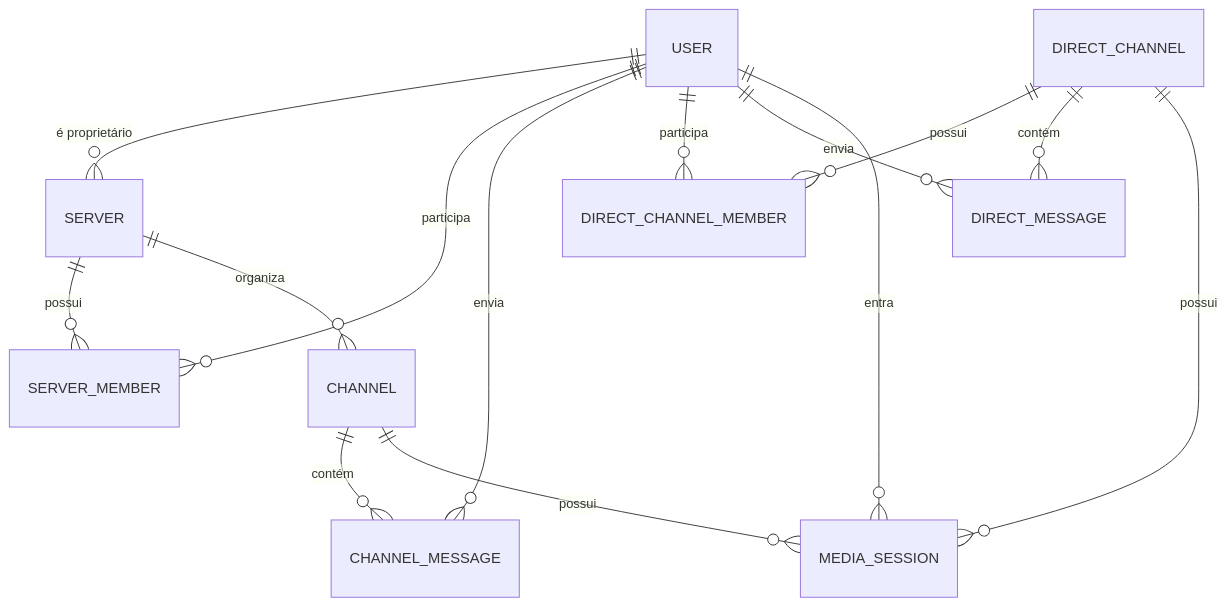
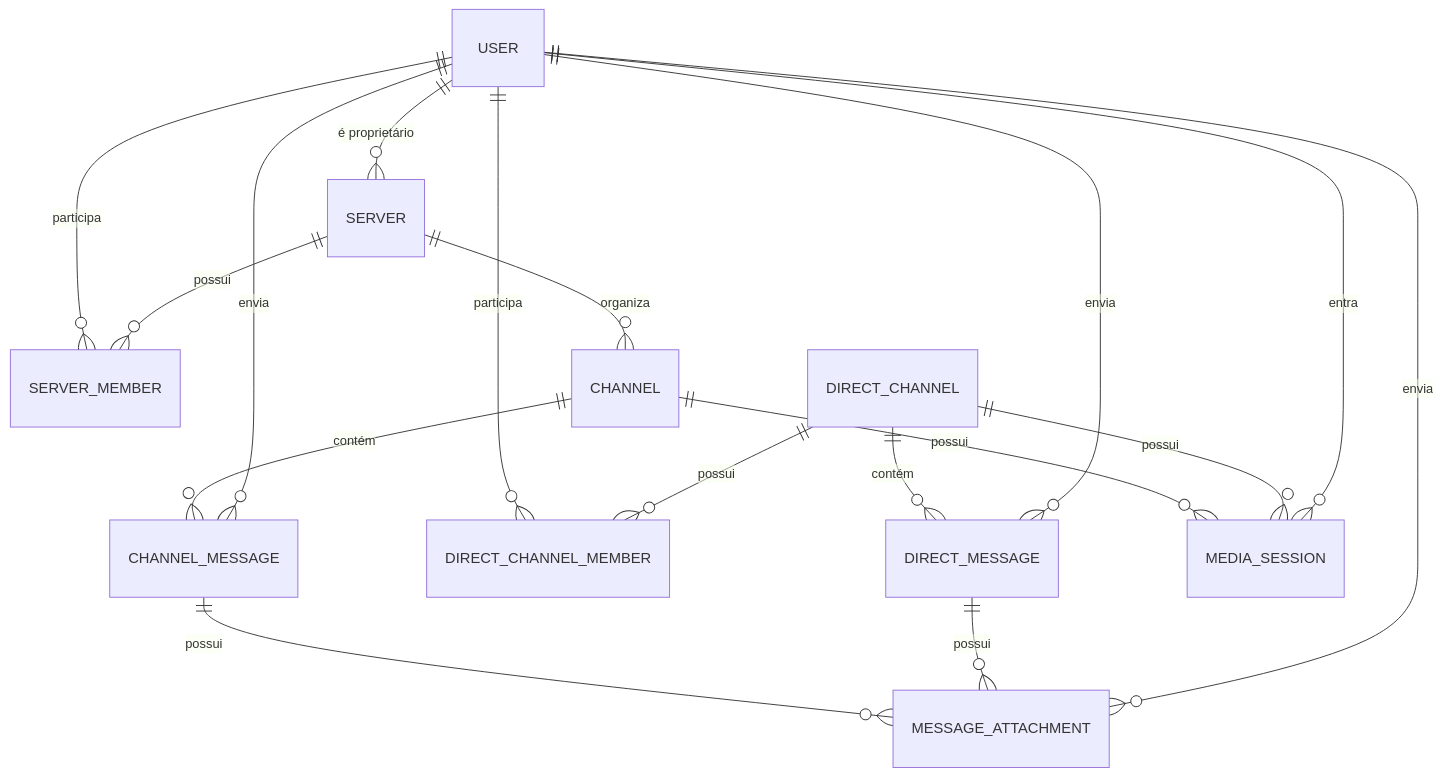
Before and after one commit to kgazineu/liveChat-backend: the second of 2 diagrams in docs/IDEIA_DO_PROJETO.md, drawn with Mermaid. The commit also changed other lines of this file and 32 other files, not shown here.

Commit message:
Add direct S3-backed message attachments

````diff
--- a/docs/IDEIA_DO_PROJETO.md
+++ b/docs/IDEIA_DO_PROJETO.md
@@ -168,16 +213,19 @@
 ```mermaid
 erDiagram
   USER ||--o{ SERVER : "é proprietário"
   USER ||--o{ SERVER_MEMBER : participa
   SERVER ||--o{ SERVER_MEMBER : possui
   SERVER ||--o{ CHANNEL : organiza
   CHANNEL ||--o{ CHANNEL_MESSAGE : contém
   USER ||--o{ CHANNEL_MESSAGE : envia
   USER ||--o{ DIRECT_CHANNEL_MEMBER : participa
   DIRECT_CHANNEL ||--o{ DIRECT_CHANNEL_MEMBER : possui
   DIRECT_CHANNEL ||--o{ DIRECT_MESSAGE : contém
   USER ||--o{ DIRECT_MESSAGE : envia
+  CHANNEL_MESSAGE ||--o{ MESSAGE_ATTACHMENT : possui
+  DIRECT_MESSAGE ||--o{ MESSAGE_ATTACHMENT : possui
+  USER ||--o{ MESSAGE_ATTACHMENT : envia
   CHANNEL ||--o{ MEDIA_SESSION : possui
   DIRECT_CHANNEL ||--o{ MEDIA_SESSION : possui
   USER ||--o{ MEDIA_SESSION : entra
 ```
````
